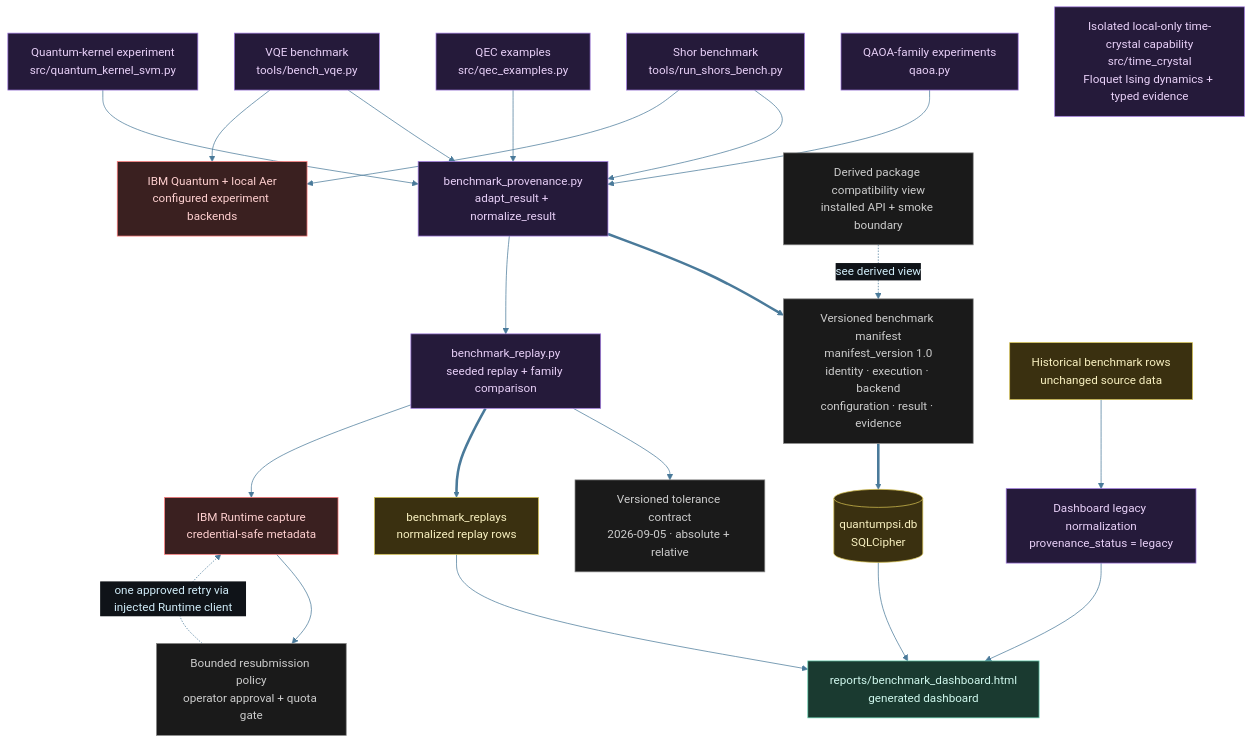
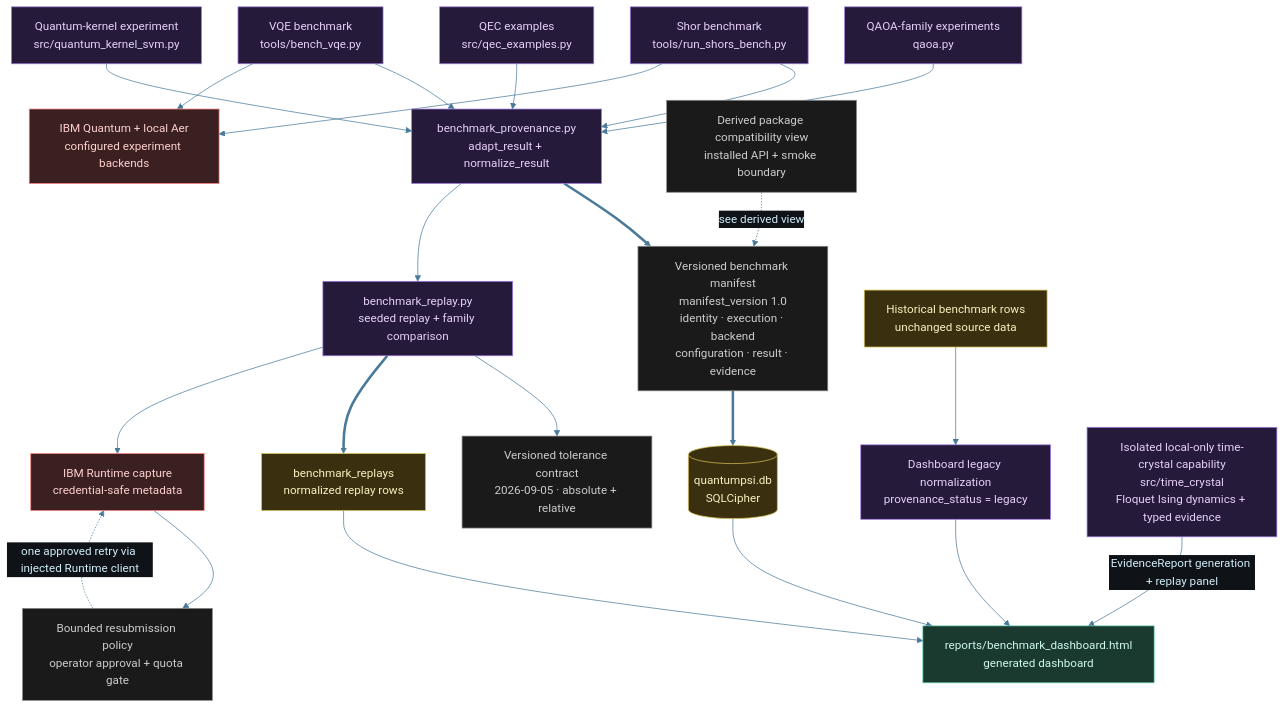
Before and after one commit to tylerdrakemusic/Quantum: the diagram in diagrams/quantum-architecture.mmd, drawn with Mermaid. The commit also changed 1 other file, not shown here.

Commit message:
⟨ψ⟩ update time-crystal architecture edge

```diff
--- a/diagrams/quantum-architecture.mmd
+++ b/diagrams/quantum-architecture.mmd
@@ -1,54 +1,55 @@
 %%{init: {'theme': 'base', 'themeVariables': {'primaryColor': '#1a2e3a', 'primaryTextColor': '#d0ecf8', 'edgeLabelBackground': '#0f1318', 'lineColor': '#4a7a9a'}}}%%
 %% is_derived_view=false
 %% Traceability.derived_views: diagrams/quantum-derived-cache-integrity.mmd, diagrams/quantum-randomness-service.mmd, diagrams/quantum-package-compatibility.mmd
 graph TB
     Shor[Shor benchmark<br/>tools/run_shors_bench.py]:::quantum
     VQE[VQE benchmark<br/>tools/bench_vqe.py]:::quantum
     QAOA[QAOA-family experiments<br/>qaoa.py]:::quantum
     QEC[QEC examples<br/>src/qec_examples.py]:::quantum
     Kernel[Quantum-kernel experiment<br/>src/quantum_kernel_svm.py]:::quantum
     Contract[benchmark_provenance.py<br/>adapt_result + normalize_result]:::quantum
     Replay[benchmark_replay.py<br/>seeded replay + family comparison]:::quantum
     Tolerance[Versioned tolerance contract<br/>2026-09-05 · absolute + relative]:::state
     RuntimeCapture[IBM Runtime capture<br/>credential-safe metadata]:::ext
     RuntimePolicy[Bounded resubmission policy<br/>operator approval + quota gate]:::state
     Manifest[Versioned benchmark manifest<br/>manifest_version 1.0<br/>identity · execution · backend<br/>configuration · result · evidence]:::state
     QuantumDB[(quantumpsi.db<br/>SQLCipher)]:::db
     ReplayRows[benchmark_replays<br/>normalized replay rows]:::db
     Legacy[Historical benchmark rows<br/>unchanged source data]:::db
     Normalize[Dashboard legacy normalization<br/>provenance_status = legacy]:::quantum
     Dashboard[reports/benchmark_dashboard.html<br/>generated dashboard]:::store
     Backends[IBM Quantum + local Aer<br/>configured experiment backends]:::ext
     PackageCompat[Derived package compatibility view<br/>installed API + smoke boundary]:::state
     TimeCrystal[Isolated local-only time-crystal capability<br/>src/time_crystal<br/>Floquet Ising dynamics + typed evidence]:::quantum
     Shor --> Contract
     VQE --> Contract
     QAOA --> Contract
     QEC --> Contract
     Kernel --> Contract
     Contract ==> Manifest
     Contract --> Replay
     Replay --> Tolerance
     Replay ==> ReplayRows
     Replay --> RuntimeCapture
     RuntimeCapture --> RuntimePolicy
     RuntimePolicy -.->|"one approved retry via injected Runtime client"| RuntimeCapture
     Shor --> Backends
     VQE --> Backends
     Manifest ==> QuantumDB
     ReplayRows --> Dashboard
     Legacy --> Normalize
     Normalize --> Dashboard
     QuantumDB --> Dashboard
+    TimeCrystal -->|"EvidenceReport generation + replay panel"| Dashboard
     PackageCompat -.->|"see derived view"| Manifest
 
 classDef life     fill:#1a2e3a,stroke:#6ab4d4,color:#d0ecf8
 classDef music    fill:#3a1a24,stroke:#d47a8f,color:#f8d0dc
 classDef quantum  fill:#251a3a,stroke:#a07adf,color:#e8d0f8
 classDef manifest fill:#3a2e1a,stroke:#d4a96a,color:#f8ead0
 classDef ws       fill:#1a3a30,stroke:#6ad4b4,color:#d0f8ee
 classDef tyler    fill:#2a1a3a,stroke:#9e4aff,color:#fff
 classDef ext      fill:#3a2020,stroke:#ff7a7a,color:#ffd0d0
 classDef db       fill:#3a3010,stroke:#d4c050,color:#f8f0c0
 classDef state    fill:#1a1a1a,stroke:#888888,color:#cccccc
 classDef store    fill:#1a3a30,stroke:#6ad4b4,color:#d0f8ee
```
